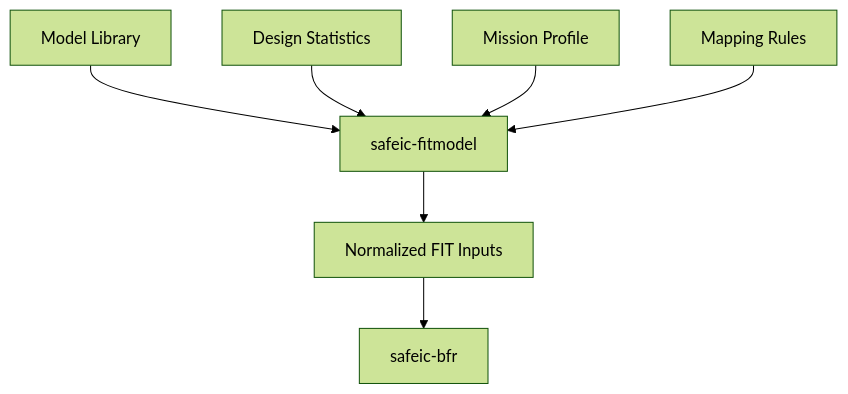
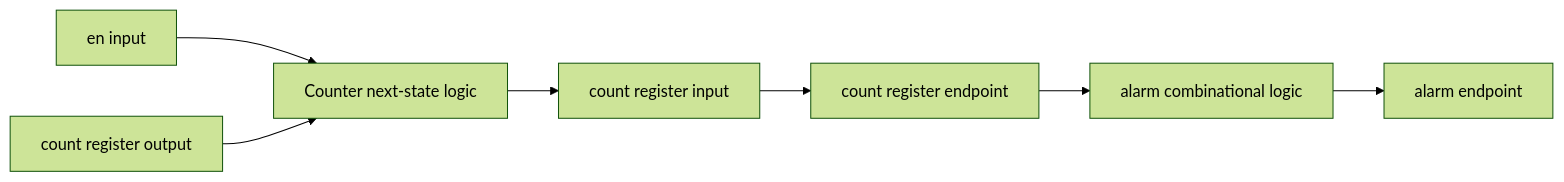
One commit to qiqixixi1001/automotive-safeic-practice changed the second of 5 diagrams in articles/04_automotive_safeic_practice_d04_github_en_generic.md. Above: the diagram before and after it, drawn with Mermaid (forest theme). The commit also changed other lines of this file, not shown here.

````diff
--- a/articles/04_automotive_safeic_practice_d04_github_en_generic.md
+++ b/articles/04_automotive_safeic_practice_d04_github_en_generic.md
@@ -198,9 +230,9 @@
 ```mermaid
-flowchart TD
-    A[Model Library] --> B[safeic-fitmodel]
-    C[Design Statistics] --> B
-    D[Mission Profile] --> B
-    E[Mapping Rules] --> B
-    B --> F[Normalized FIT Inputs]
-    F --> G[safeic-bfr]
+flowchart LR
+    A[en input] --> C[Counter next-state logic]
+    B[count register output] --> C
+    C --> D[count register input]
+    D --> E[count register endpoint]
+    E --> F[alarm combinational logic]
+    F --> G[alarm endpoint]
 ```
````
